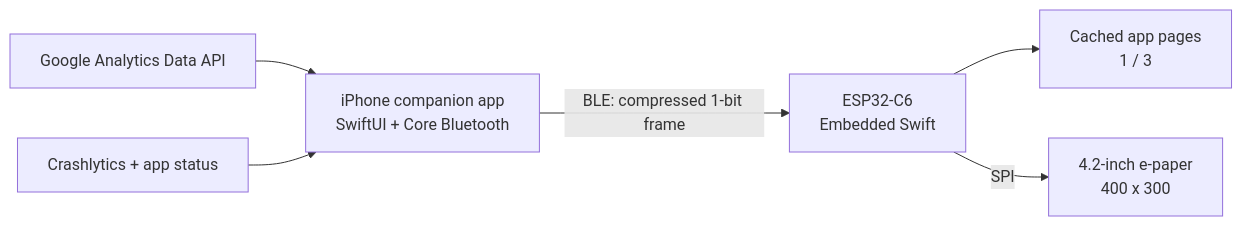
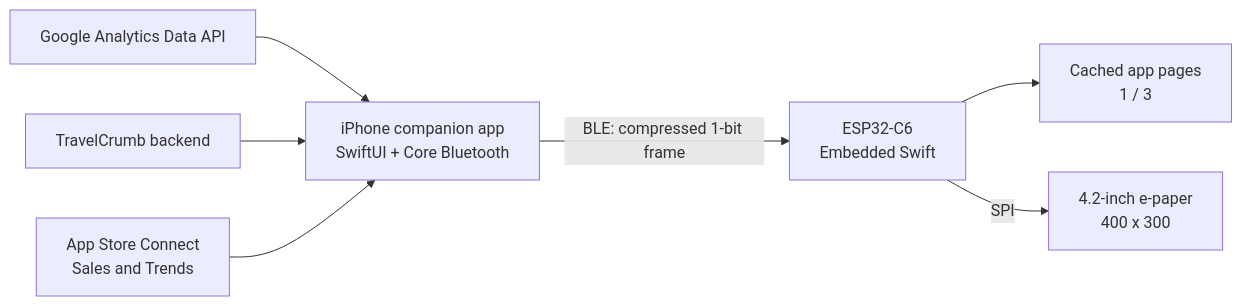
The diagram in README.md (ShawnBaek/InkPulse), drawn with Mermaid before and after one commit. The commit also changed other lines of this file and 16 other files, not shown here.

````diff
--- a/README.md
+++ b/README.md
@@ -54,8 +57,9 @@
 ```mermaid
 flowchart LR
     GA4["Google Analytics Data API"] --> IOS["iPhone companion app\nSwiftUI + Core Bluetooth"]
-    HEALTH["Crashlytics + app status"] --> IOS
+    BACKEND["TravelCrumb backend"] --> IOS
+    APPSTORE["App Store Connect\nSales and Trends"] --> IOS
     IOS -->|"BLE: compressed 1-bit frame"| DEVICE["ESP32-C6\nEmbedded Swift"]
     DEVICE --> CACHE["Cached app pages\n1 / 3"]
     DEVICE -->|"SPI"| EINK["4.2-inch e-paper\n400 x 300"]
 ```
````
